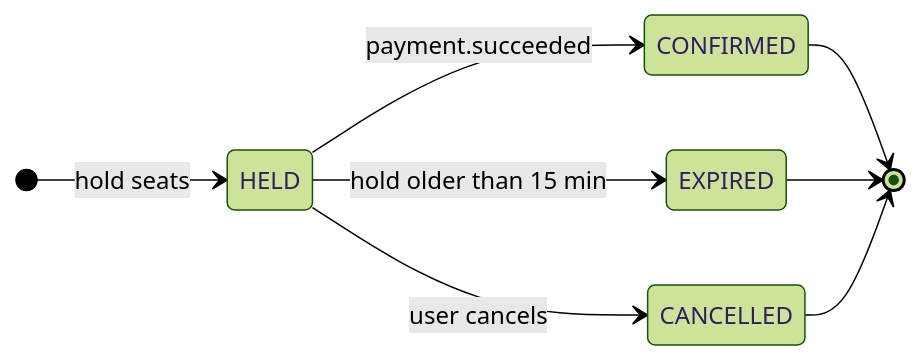
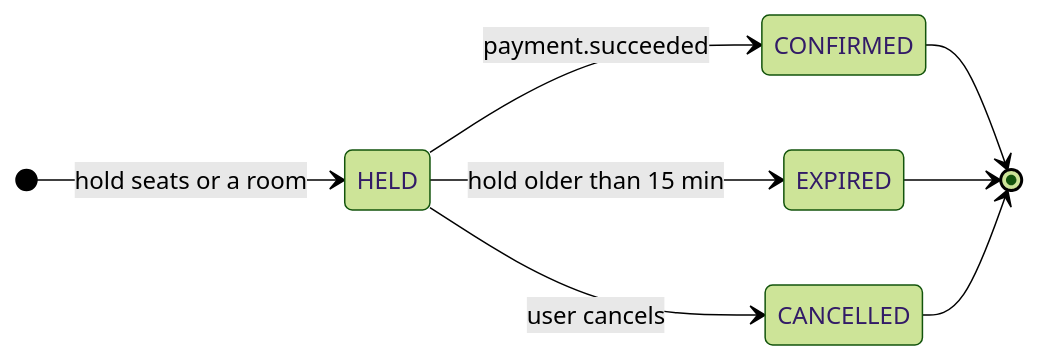
Before and after one commit to r-mcdougall/gotravel: the second of 5 diagrams in docs/architecture.md, drawn with Mermaid (forest theme). The commit also changed other lines of this file and 1 other file, not shown here.

Commit message:
docs: describe the hotel flow in the README and architecture

````diff
--- a/docs/architecture.md
+++ b/docs/architecture.md
@@ -64,11 +66,11 @@
 ```mermaid
 stateDiagram-v2
     direction LR
-    [*] --> HELD: hold seats
+    [*] --> HELD: hold seats or a room
     HELD --> CONFIRMED: payment.succeeded
     HELD --> EXPIRED: hold older than 15 min
     HELD --> CANCELLED: user cancels
     CONFIRMED --> [*]
     EXPIRED --> [*]
     CANCELLED --> [*]
 ```
````
